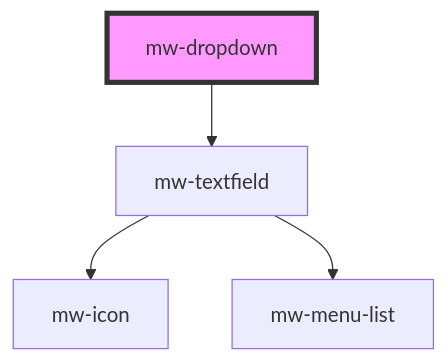
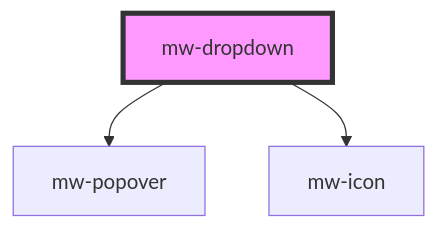
One commit to MaibornWolff/mwui changed the diagram in mwui-stencil/src/components/mw-dropdown/readme.md. Above: the diagram before and after it, drawn with Mermaid. The commit also changed other lines of this file and 11 other files, not shown here.

````diff
--- a/mwui-stencil/src/components/mw-dropdown/readme.md
+++ b/mwui-stencil/src/components/mw-dropdown/readme.md
@@ -27,7 +35,6 @@
 ```mermaid
 graph TD;
-  mw-dropdown --> mw-textfield
-  mw-textfield --> mw-icon
-  mw-textfield --> mw-menu-list
+  mw-dropdown --> mw-popover
+  mw-dropdown --> mw-icon
   style mw-dropdown fill:#f9f,stroke:#333,stroke-width:4px
 ```
````
